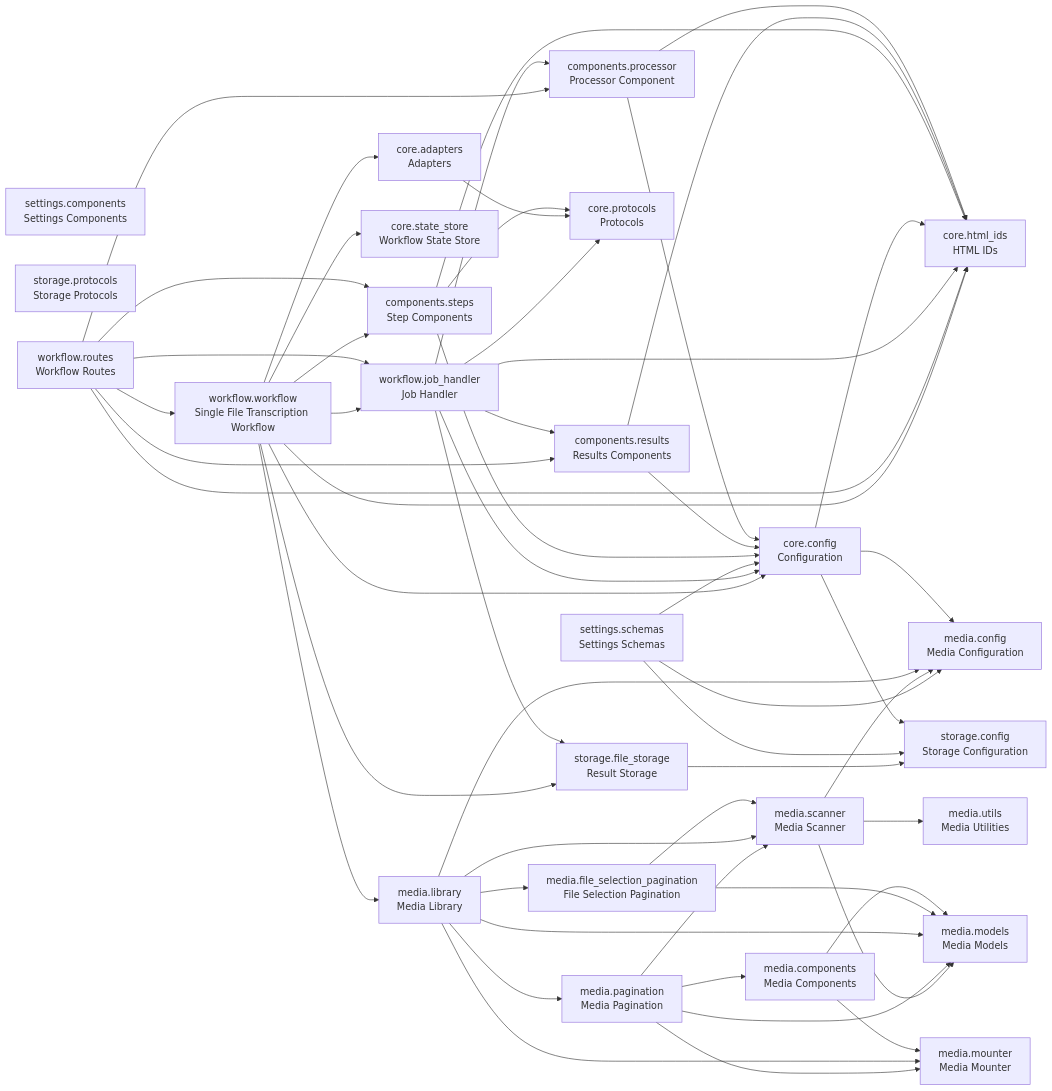
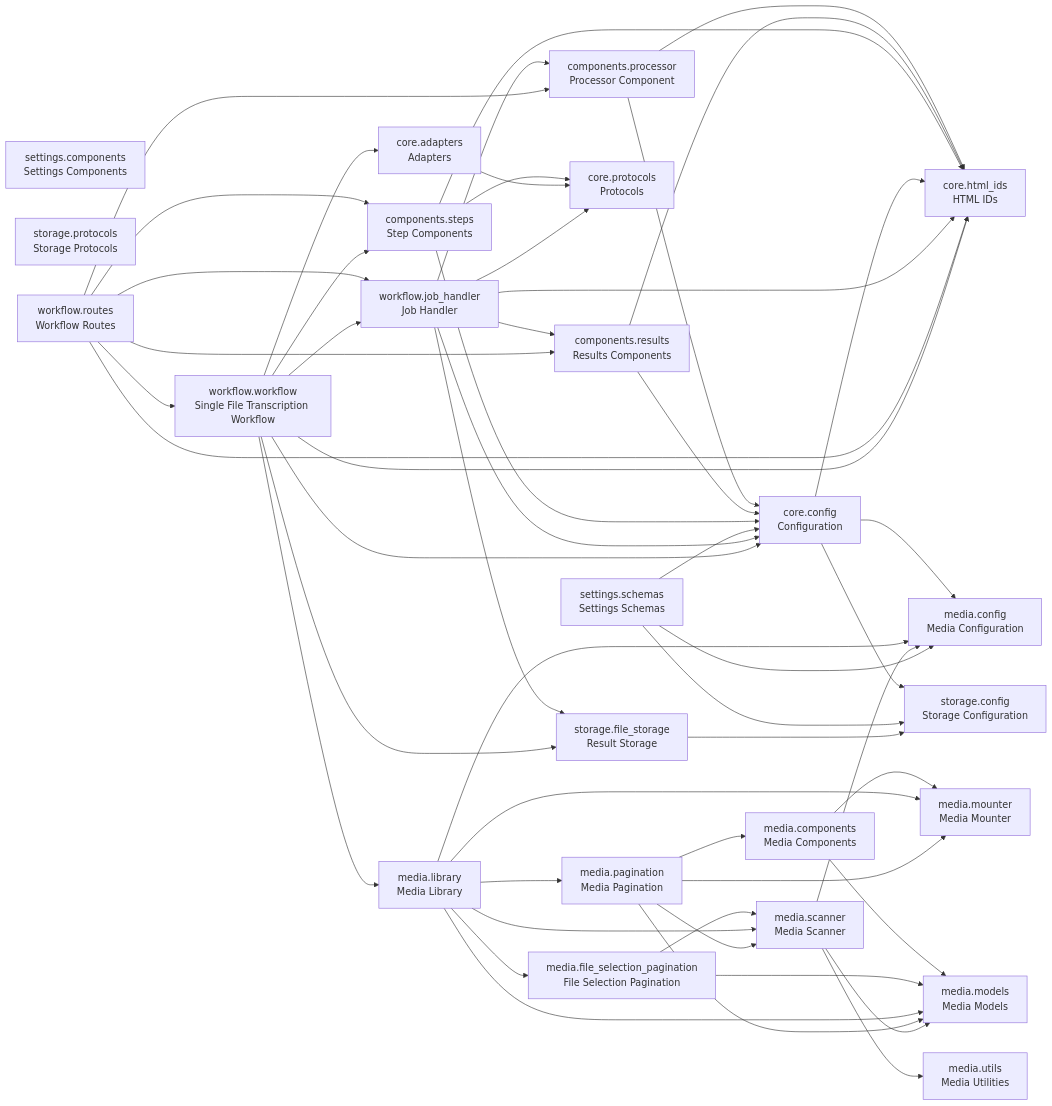
The diagram in README.md (cj-mills/cjm-fasthtml-workflow-transcription-single-file), drawn with Mermaid before and after one commit. The commit also changed other lines of this file and 6 other files, not shown here.

Commit message:
Move InMemoryWorkflowStateStore implementation to the cjm_fasthtml_interactions library.

````diff
--- a/README.md
+++ b/README.md
@@ -51,81 +50,79 @@
 ``` mermaid
 graph LR
     components_processor[components.processor<br/>Processor Component]
     components_results[components.results<br/>Results Components]
     components_steps[components.steps<br/>Step Components]
     core_adapters[core.adapters<br/>Adapters]
     core_config[core.config<br/>Configuration]
     core_html_ids[core.html_ids<br/>HTML IDs]
     core_protocols[core.protocols<br/>Protocols]
-    core_state_store[core.state_store<br/>Workflow State Store]
     media_components[media.components<br/>Media Components]
     media_config[media.config<br/>Media Configuration]
     media_file_selection_pagination[media.file_selection_pagination<br/>File Selection Pagination]
     media_library[media.library<br/>Media Library]
     media_models[media.models<br/>Media Models]
     media_mounter[media.mounter<br/>Media Mounter]
     media_pagination[media.pagination<br/>Media Pagination]
     media_scanner[media.scanner<br/>Media Scanner]
     media_utils[media.utils<br/>Media Utilities]
     settings_components[settings.components<br/>Settings Components]
     settings_schemas[settings.schemas<br/>Settings Schemas]
     storage_config[storage.config<br/>Storage Configuration]
     storage_file_storage[storage.file_storage<br/>Result Storage]
     storage_protocols[storage.protocols<br/>Storage Protocols]
     workflow_job_handler[workflow.job_handler<br/>Job Handler]
     workflow_routes[workflow.routes<br/>Workflow Routes]
     workflow_workflow[workflow.workflow<br/>Single File Transcription Workflow]
 
     components_processor --> core_html_ids
     components_processor --> core_config
     components_results --> core_html_ids
     components_results --> core_config
+    components_steps --> core_html_ids
     components_steps --> core_protocols
     components_steps --> core_config
-    components_steps --> core_html_ids
     core_adapters --> core_protocols
+    core_config --> core_html_ids
     core_config --> media_config
-    core_config --> core_html_ids
     core_config --> storage_config
     media_components --> media_mounter
     media_components --> media_models
     media_file_selection_pagination --> media_models
     media_file_selection_pagination --> media_scanner
+    media_library --> media_pagination
+    media_library --> media_mounter
+    media_library --> media_models
+    media_library --> media_file_selection_pagination
     media_library --> media_scanner
     media_library --> media_config
-    media_library --> media_mounter
-    media_library --> media_file_selection_pagination
-    media_library --> media_models
-    media_library --> media_pagination
+    media_pagination --> media_components
     media_pagination --> media_mounter
-    media_pagination --> media_components
     media_pagination --> media_models
     media_pagination --> media_scanner
-    media_scanner --> media_config
     media_scanner --> media_utils
     media_scanner --> media_models
-    settings_schemas --> storage_config
+    media_scanner --> media_config
     settings_schemas --> media_config
     settings_schemas --> core_config
+    settings_schemas --> storage_config
     storage_file_storage --> storage_config
+    workflow_job_handler --> core_protocols
+    workflow_job_handler --> core_html_ids
+    workflow_job_handler --> components_results
+    workflow_job_handler --> core_config
     workflow_job_handler --> storage_file_storage
-    workflow_job_handler --> core_protocols
     workflow_job_handler --> components_processor
-    workflow_job_handler --> components_results
-    workflow_job_handler --> core_html_ids
-    workflow_job_handler --> core_config
+    workflow_routes --> core_html_ids
+    workflow_routes --> workflow_workflow
     workflow_routes --> components_results
     workflow_routes --> workflow_job_handler
     workflow_routes --> components_steps
     workflow_routes --> components_processor
-    workflow_routes --> core_html_ids
-    workflow_routes --> workflow_workflow
+    workflow_workflow --> components_steps
+    workflow_workflow --> core_html_ids
+    workflow_workflow --> media_library
+    workflow_workflow --> core_adapters
+    workflow_workflow --> core_config
     workflow_workflow --> storage_file_storage
-    workflow_workflow --> core_adapters
     workflow_workflow --> workflow_job_handler
-    workflow_workflow --> components_steps
-    workflow_workflow --> core_state_store
-    workflow_workflow --> core_html_ids
-    workflow_workflow --> core_config
-    workflow_workflow --> media_library
 ```
````
